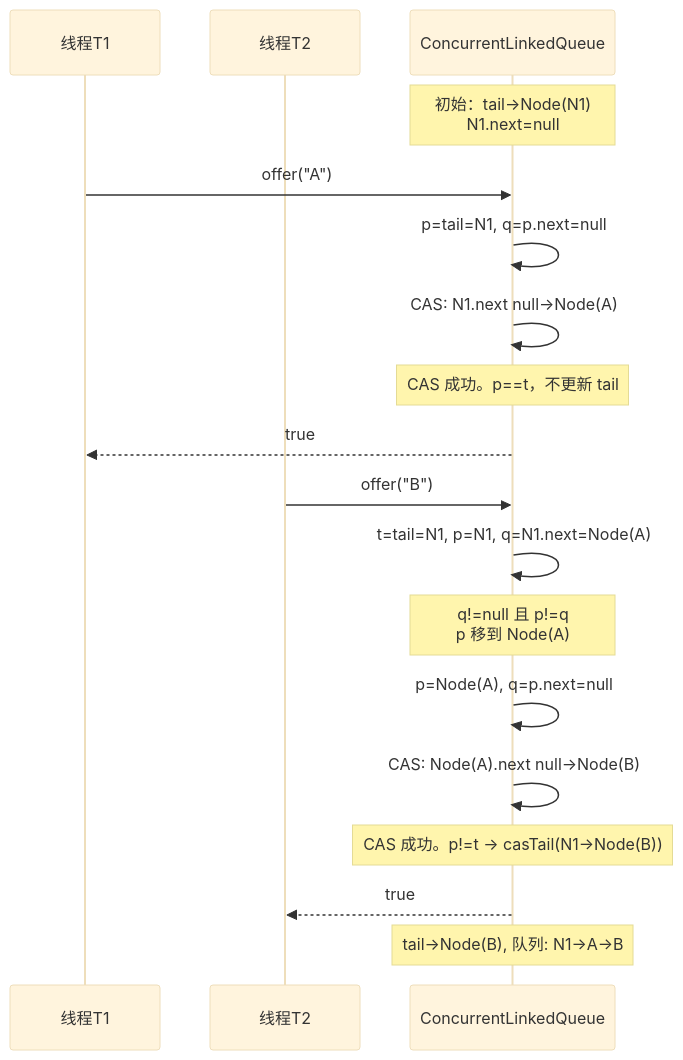
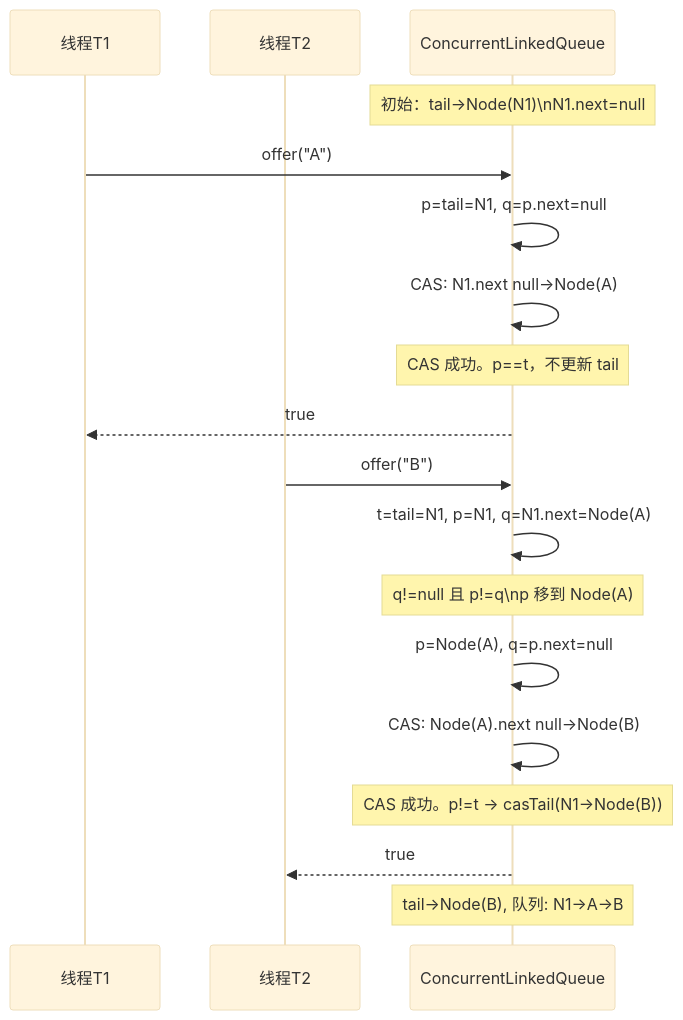
One commit to yaocat55/yaocat55.github.io changed the third of 9 diagrams in content/posts/concurrency/ConcurrentLinkedQueue.md. Above: the diagram before and after it, drawn with Mermaid (base theme). The commit also changed other lines of this file and 155 other files, not shown here.

````diff
--- a/content/posts/concurrency/ConcurrentLinkedQueue.md
+++ b/content/posts/concurrency/ConcurrentLinkedQueue.md
@@ -216,24 +234,24 @@
 ```mermaid
 sequenceDiagram
     participant T1 as 线程T1
     participant T2 as 线程T2
     participant Q as ConcurrentLinkedQueue
 
-    Note over Q: 初始：tail→Node(N1)<br/>N1.next=null
+    Note over Q: 初始：tail→Node(N1)\nN1.next=null
 
     T1->>Q: offer("A")
     Q->>Q: p=tail=N1, q=p.next=null
     Q->>Q: CAS: N1.next null→Node(A)
     Note over Q: CAS 成功。p==t，不更新 tail
     Q-->>T1: true
 
     T2->>Q: offer("B")
     Q->>Q: t=tail=N1, p=N1, q=N1.next=Node(A)
-    Note over Q: q!=null 且 p!=q<br/>p 移到 Node(A)
+    Note over Q: q!=null 且 p!=q\np 移到 Node(A)
     Q->>Q: p=Node(A), q=p.next=null
     Q->>Q: CAS: Node(A).next null→Node(B)
     Note over Q: CAS 成功。p!=t → casTail(N1→Node(B))
     Q-->>T2: true
 
     Note over Q: tail→Node(B), 队列: N1→A→B
 ```
````
